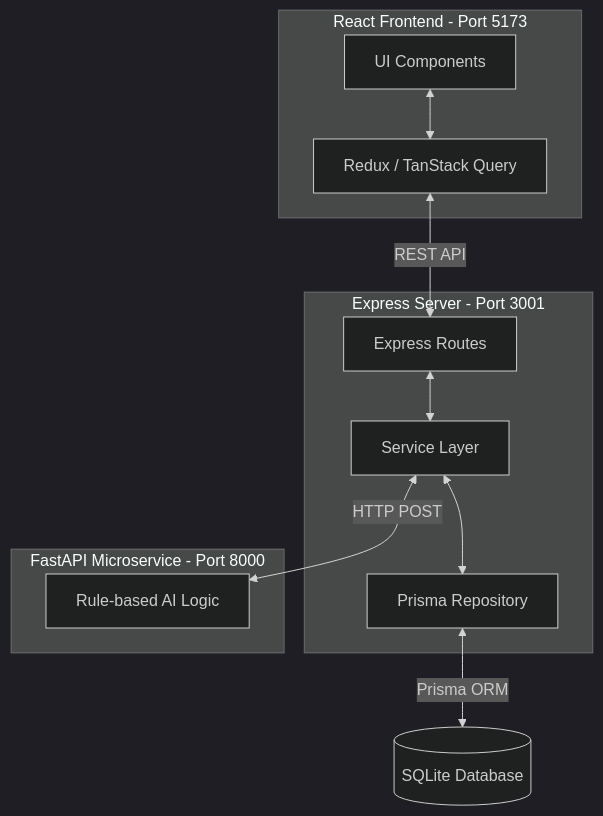
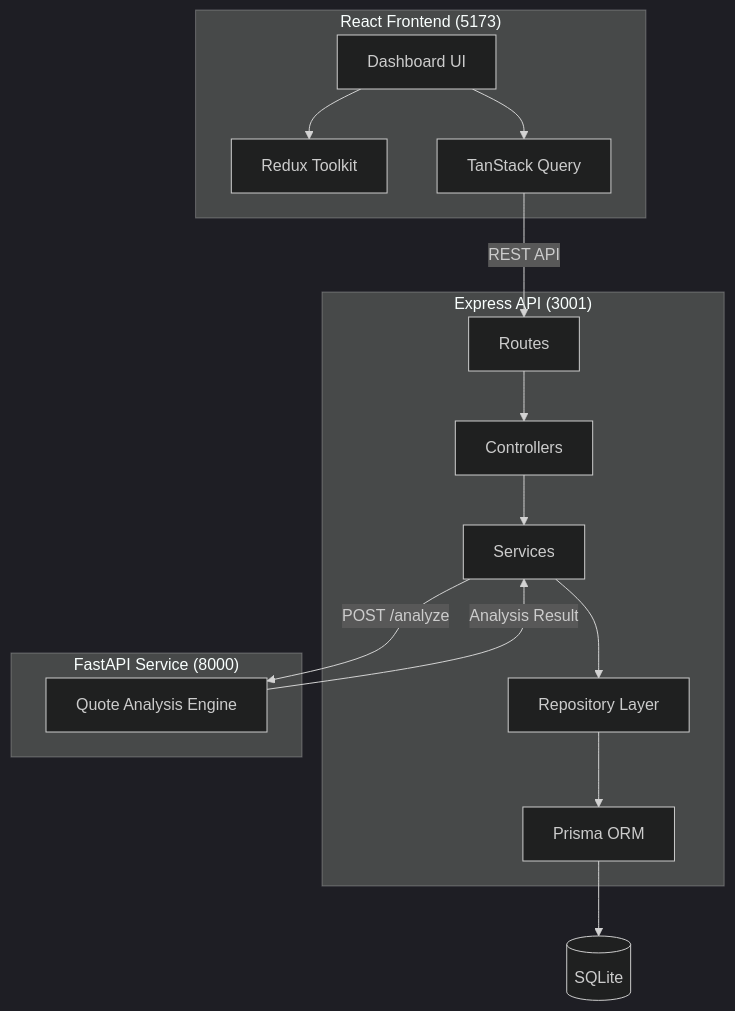
One commit to Evilstein-debug/amberflux-assignment changed the diagram in README.md. Above: the diagram before and after it, drawn with Mermaid (dark theme).

Commit message:
docs: update system architecture diagram in README

````diff
--- a/README.md
+++ b/README.md
@@ -7,26 +7,35 @@
 ```mermaid
 graph TD
-    subgraph Client [React Frontend - Port 5173]
-        UI[UI Components]
-        State[Redux / TanStack Query]
-        UI <--> State
+
+    subgraph Frontend["React Frontend (5173)"]
+        UI[Dashboard UI]
+        Store[Redux Toolkit]
+        Query[TanStack Query]
+        UI --> Store
+        UI --> Query
     end
 
-    subgraph Backend [Express Server - Port 3001]
-        Routes[Express Routes]
-        Service[Service Layer]
-        Repo[Prisma Repository]
-        Routes <--> Service
-        Service <--> Repo
+    subgraph Backend["Express API (3001)"]
+        Routes[Routes]
+        Controllers[Controllers]
+        Services[Services]
+        Repository[Repository Layer]
+        Prisma[Prisma ORM]
+
+        Routes --> Controllers
+        Controllers --> Services
+        Services --> Repository
+        Repository --> Prisma
     end
 
-    subgraph Analysis [FastAPI Microservice - Port 8000]
-        Logic[Rule-based AI Logic]
+    subgraph Analysis["FastAPI Service (8000)"]
+        Engine[Quote Analysis Engine]
     end
-    
-    DB[(SQLite Database)]
 
-    State <-->|REST API| Routes
-    Service <-->|HTTP POST| Logic
-    Repo <-->|Prisma ORM| DB
+    DB[(SQLite)]
+
+    Query -->|REST API| Routes
+    Prisma --> DB
+    Services -->|POST /analyze| Engine
+    Engine -->|Analysis Result| Services
 ```
````
